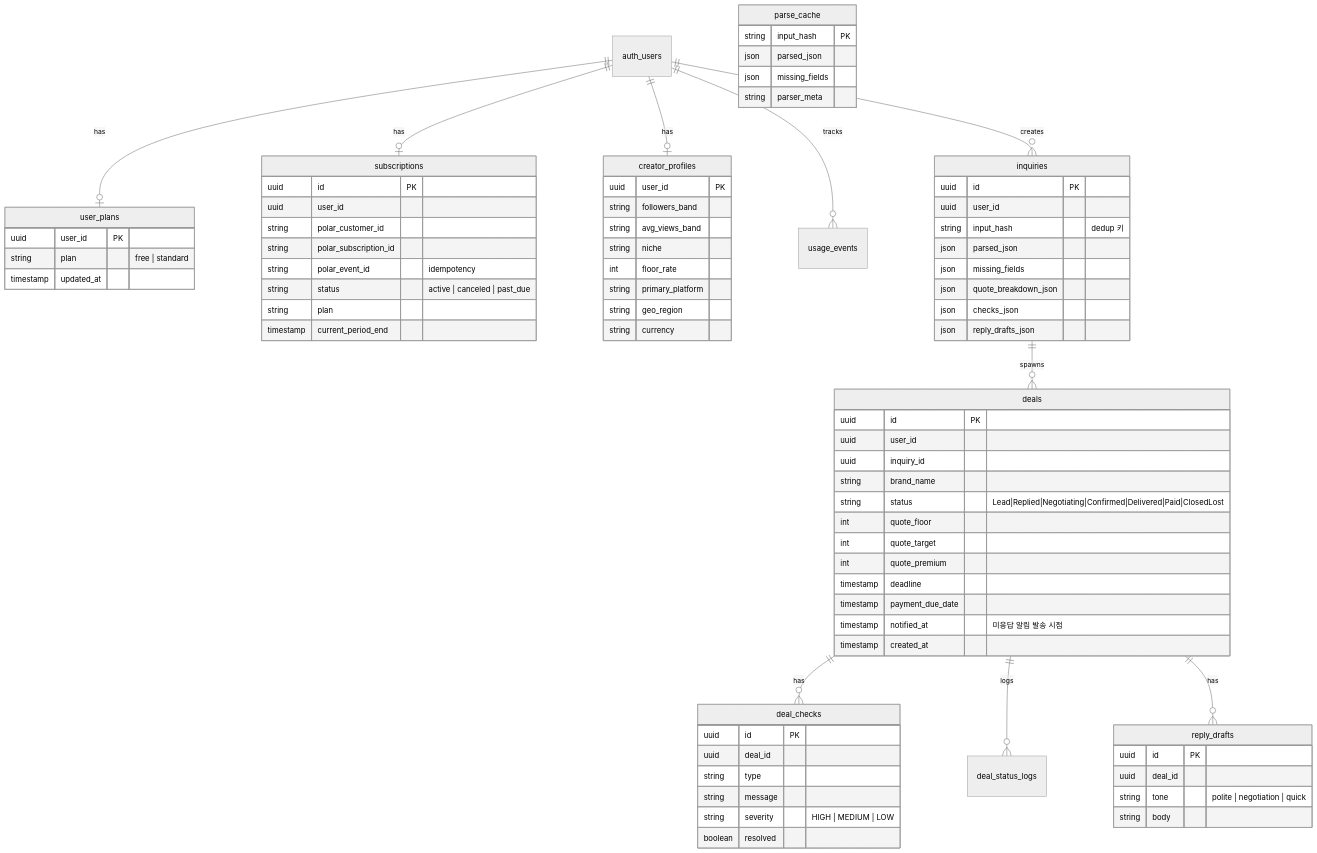
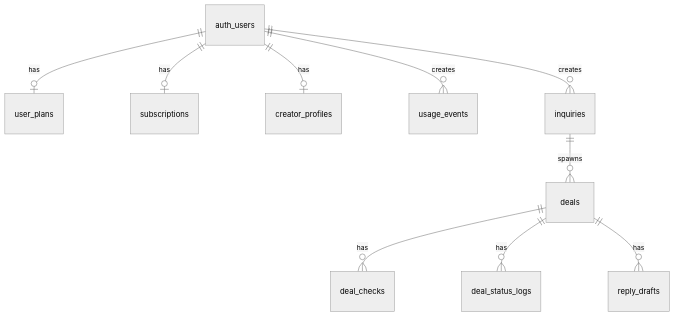
One commit to FrierenCode/DELO_Copilot changed the first of 2 diagrams in README.md. Above: the diagram before and after it, drawn with Mermaid (neutral theme). The commit also changed other lines of this file and 1 other file, not shown here.

Commit message:
docs: update README to match current product

````diff
--- a/README.md
+++ b/README.md
@@ -295,88 +211,10 @@
   auth_users ||--o| user_plans : has
   auth_users ||--o| subscriptions : has
   auth_users ||--o| creator_profiles : has
-  auth_users ||--o{ usage_events : tracks
+  auth_users ||--o{ usage_events : creates
   auth_users ||--o{ inquiries : creates
   inquiries ||--o{ deals : spawns
-
   deals ||--o{ deal_checks : has
-  deals ||--o{ deal_status_logs : logs
+  deals ||--o{ deal_status_logs : has
   deals ||--o{ reply_drafts : has
-
-  user_plans {
-    uuid user_id PK
-    string plan "free | standard"
-    timestamp updated_at
-  }
-
-  subscriptions {
-    uuid id PK
-    uuid user_id
-    string polar_customer_id
-    string polar_subscription_id
-    string polar_event_id "idempotency"
-    string status "active | canceled | past_due"
-    string plan
-    timestamp current_period_end
-  }
-
-  creator_profiles {
-    uuid user_id PK
-    string followers_band
-    string avg_views_band
-    string niche
-    int floor_rate
-    string primary_platform
-    string geo_region
-    string currency
-  }
-
-  inquiries {
-    uuid id PK
-    uuid user_id
-    string input_hash "dedup 키"
-    json parsed_json
-    json missing_fields
-    json quote_breakdown_json
-    json checks_json
-    json reply_drafts_json
-  }
-
-  deals {
-    uuid id PK
-    uuid user_id
-    uuid inquiry_id
-    string brand_name
-    string status "Lead|Replied|Negotiating|Confirmed|Delivered|Paid|ClosedLost"
-    int quote_floor
-    int quote_target
-    int quote_premium
-    timestamp deadline
-    timestamp payment_due_date
-    timestamp notified_at "미응답 알림 발송 시점"
-    timestamp created_at
-  }
-
-  deal_checks {
-    uuid id PK
-    uuid deal_id
-    string type
-    string message
-    string severity "HIGH | MEDIUM | LOW"
-    boolean resolved
-  }
-
-  reply_drafts {
-    uuid id PK
-    uuid deal_id
-    string tone "polite | negotiation | quick"
-    string body
-  }
-
-  parse_cache {
-    string input_hash PK
-    json parsed_json
-    json missing_fields
-    string parser_meta
-  }
 ```
````
